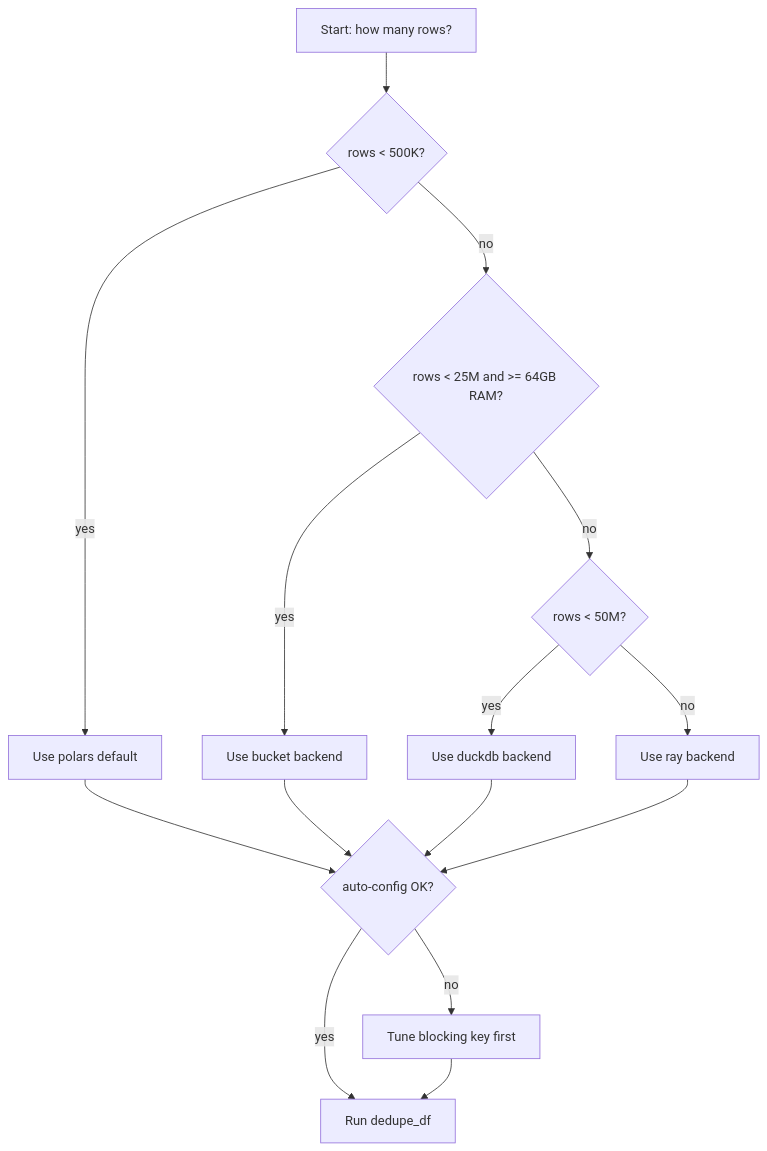
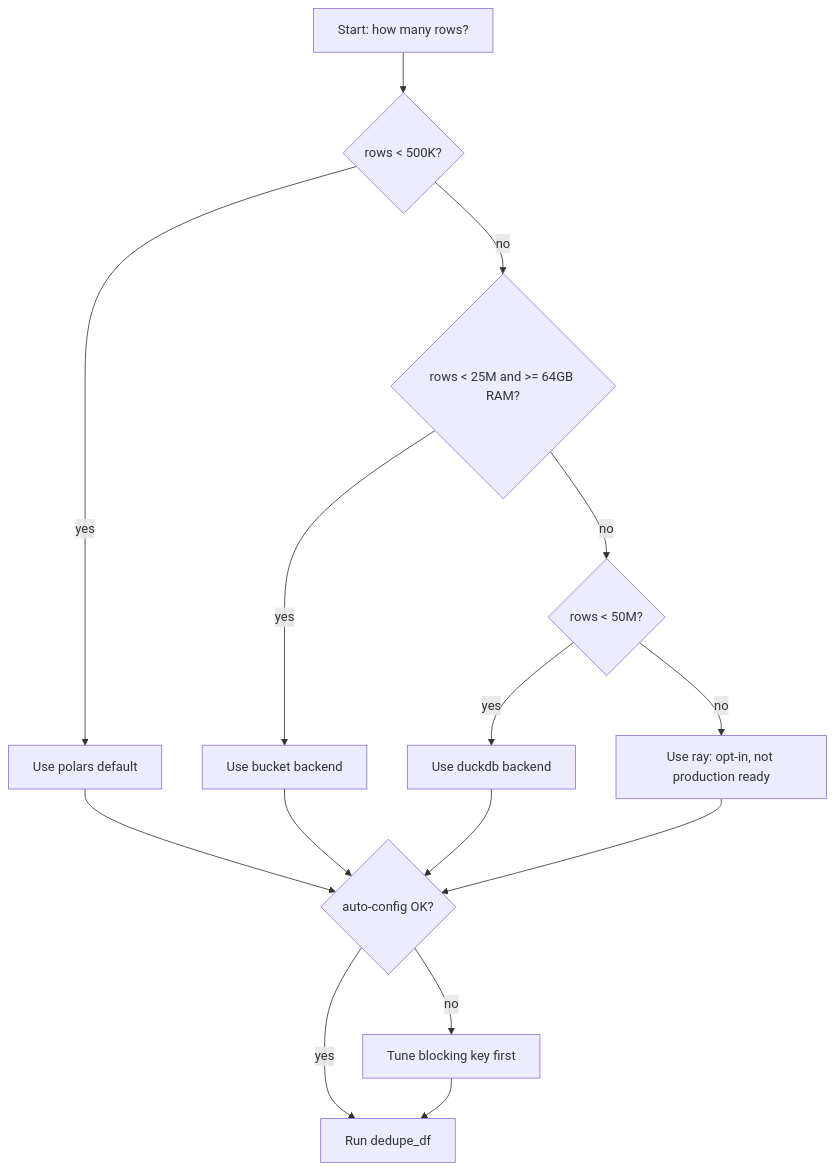
Before and after one commit to benseverndev-oss/goldenmatch: the diagram in docs/scale-envelope.md, drawn with Mermaid. The commit also changed other lines of this file and 10 other files, not shown here.

````diff
--- a/docs/scale-envelope.md
+++ b/docs/scale-envelope.md
@@ -32,17 +32,17 @@
 ```mermaid
 flowchart TD
     A[Start: how many rows?] --> B{rows < 500K?}
     B -->|yes| C[Use polars default]
     B -->|no| D2{rows < 25M and >= 64GB RAM?}
     D2 -->|yes| E2[Use bucket backend]
     D2 -->|no| D{rows < 50M?}
     D -->|yes| E[Use duckdb backend]
-    D -->|no| F[Use ray backend]
+    D -->|no| F[Use ray: opt-in, not production ready]
     E2 --> G
     C --> G{auto-config OK?}
     E --> G
     F --> G
     G -->|yes| H[Run dedupe_df]
     G -->|no| I[Tune blocking key first]
     I --> H
 ```
````
